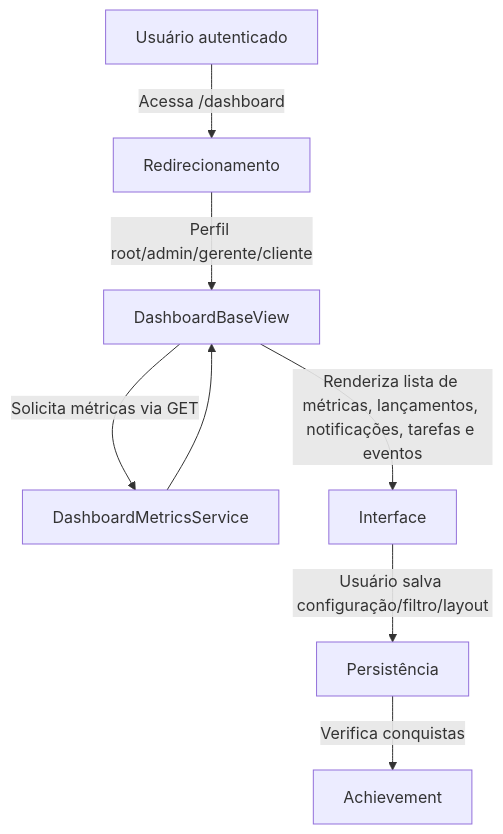
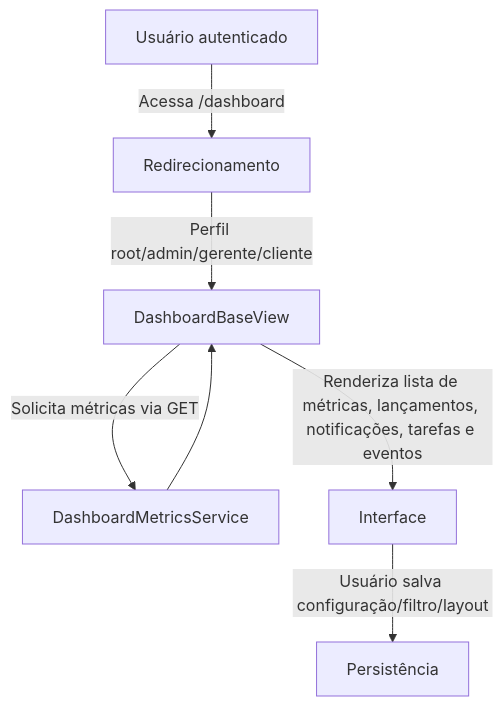
One commit to adrianosoaresx/ProjetoHubx changed the diagram in .requisitos/dashboard/REQ-DASHBOARD-001.md. Above: the diagram before and after it, drawn with Mermaid. The commit also changed other lines of this file and 26 other files, not shown here.

````diff
--- a/.requisitos/dashboard/REQ-DASHBOARD-001.md
+++ b/.requisitos/dashboard/REQ-DASHBOARD-001.md
@@ -119,10 +114,9 @@
 ```mermaid
 flowchart TD
     U[Usuário autenticado] -->|Acessa /dashboard| R[Redirecionamento]
     R -->|Perfil root/admin/gerente/cliente| D[DashboardBaseView]
     D -->|Solicita métricas via GET| S[DashboardMetricsService]
     S --> D
     D -->|Renderiza lista de métricas, lançamentos, notificações, tarefas e eventos| UI[Interface]
     UI -->|Usuário salva configuração/filtro/layout| Conf[Persistência]
-    Conf -->|Verifica conquistas| Achiev[Achievement]
 ```
````
